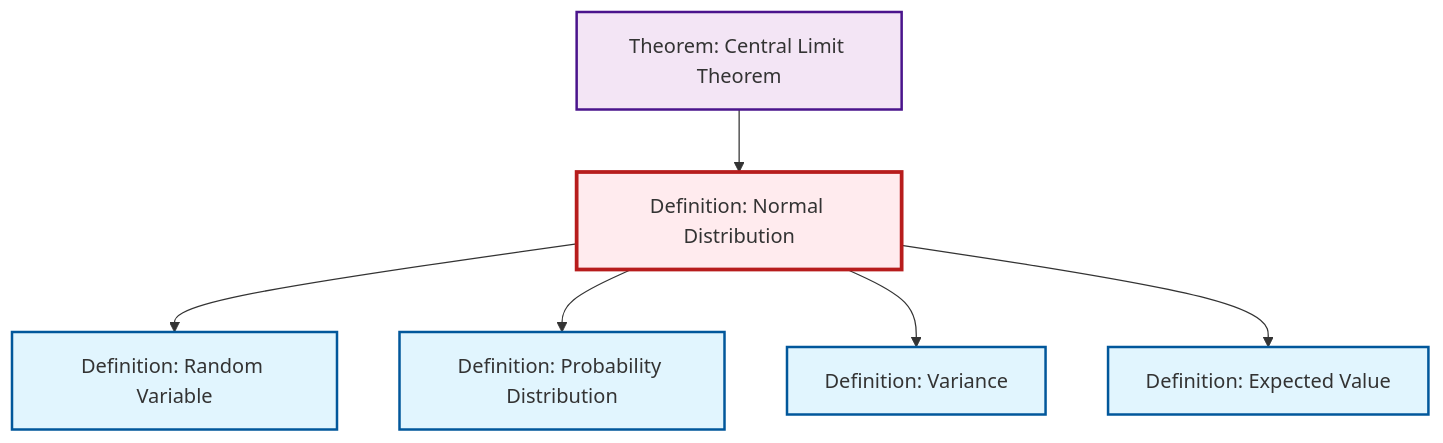
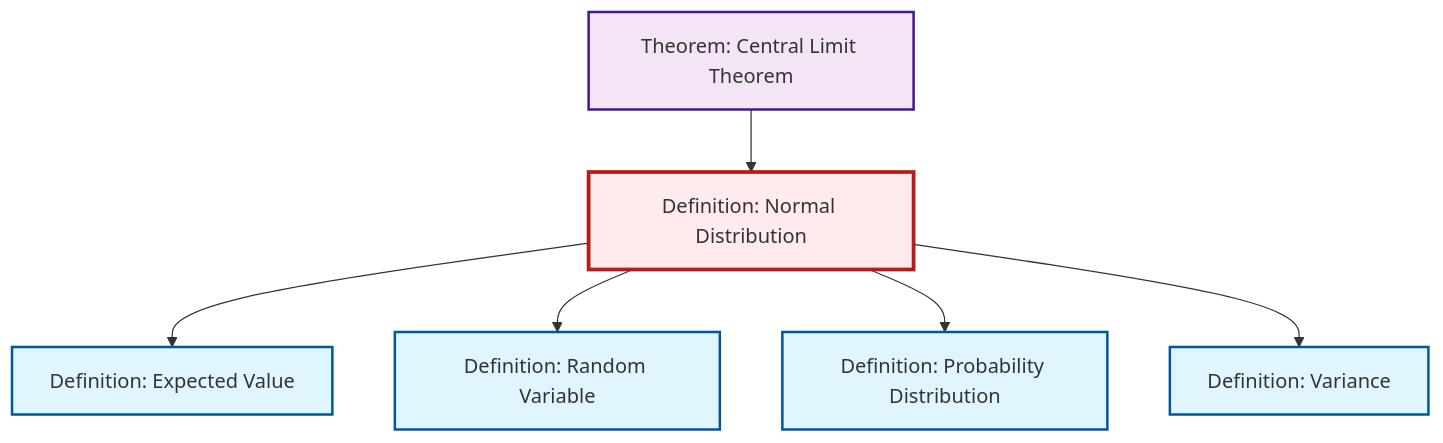
The diagram in content/en/probability-statistics/def-normal-distribution.qmd (RK0429/ModernMath), drawn with Mermaid before and after one commit. The commit also changed other lines of this file and 654 other files, not shown here.

````diff
--- a/content/en/probability-statistics/def-normal-distribution.qmd
+++ b/content/en/probability-statistics/def-normal-distribution.qmd
@@ -129,26 +129,26 @@
 ```{mermaid}
 %%| fig-cap: "Local dependency graph"
 graph TD
     classDef definition fill:#e1f5fe,stroke:#01579b,stroke-width:2px
     classDef theorem fill:#f3e5f5,stroke:#4a148c,stroke-width:2px
     classDef axiom fill:#fff3e0,stroke:#e65100,stroke-width:2px
     classDef example fill:#e8f5e9,stroke:#1b5e20,stroke-width:2px
     classDef current fill:#ffebee,stroke:#b71c1c,stroke-width:3px
+    def-normal-distribution["Definition: Normal Distribution"]:::definition
+    def-expectation["Definition: Expected Value"]:::definition
+    def-probability-distribution["Definition: Probability Distribution"]:::definition
+    def-variance["Definition: Variance"]:::definition
+    def-random-variable["Definition: Random Variable"]:::definition
     thm-central-limit["Theorem: Central Limit Theorem"]:::theorem
-    def-expectation["Definition: Expected Value"]:::definition
-    def-variance["Definition: Variance"]:::definition
-    def-probability-distribution["Definition: Probability Distribution"]:::definition
-    def-normal-distribution["Definition: Normal Distribution"]:::definition
-    def-random-variable["Definition: Random Variable"]:::definition
+    thm-central-limit --> def-normal-distribution
+    def-normal-distribution --> def-expectation
     def-normal-distribution --> def-random-variable
     def-normal-distribution --> def-probability-distribution
     def-normal-distribution --> def-variance
-    def-normal-distribution --> def-expectation
-    thm-central-limit --> def-normal-distribution
     class def-normal-distribution current
+    click def-expectation "def-expectation.html" "Go to Expected Value definition"
+    click def-probability-distribution "def-probability-distribution.html" "Go to Probability Distribution definition"
+    click def-variance "def-variance.html" "Go to Variance definition"
+    click def-random-variable "def-random-variable.html" "Go to Random Variable definition"
     click thm-central-limit "thm-central-limit.html" "Go to Central Limit Theorem theorem"
-    click def-expectation "def-expectation.html" "Go to Expected Value definition"
-    click def-variance "def-variance.html" "Go to Variance definition"
-    click def-probability-distribution "def-probability-distribution.html" "Go to Probability Distribution definition"
-    click def-random-variable "def-random-variable.html" "Go to Random Variable definition"
 ```
````
